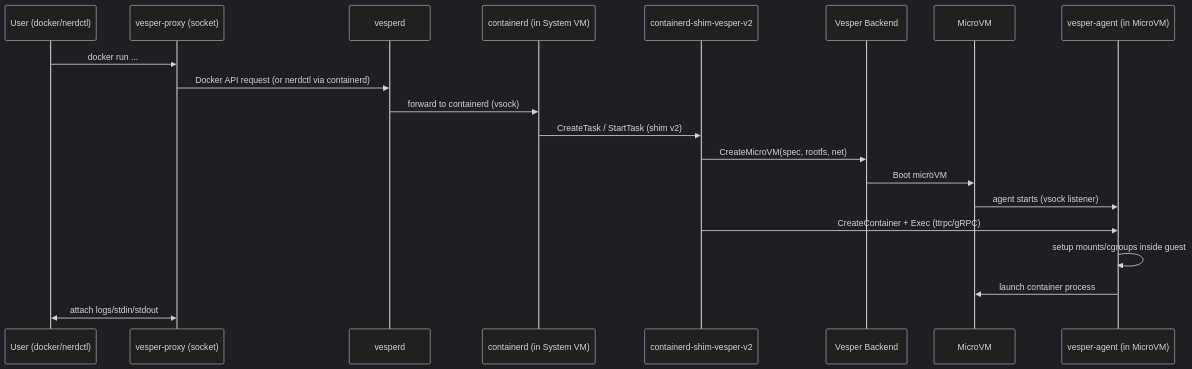
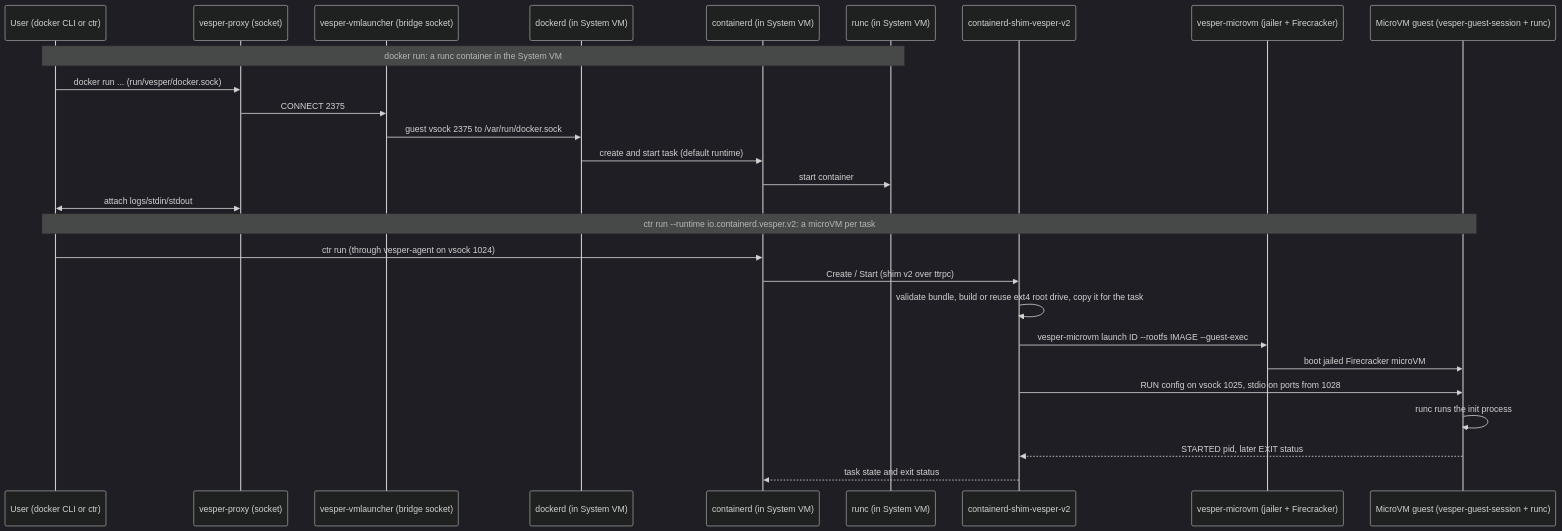
The diagram in docs/specs/assets/design-v0-runtime-lifecycle.mmd (cityhunteur/vesper), drawn with Mermaid (dark theme) before and after one commit. The commit also changed 15 other files, not shown here.

```diff
--- a/docs/specs/assets/design-v0-runtime-lifecycle.mmd
+++ b/docs/specs/assets/design-v0-runtime-lifecycle.mmd
@@ -1,21 +1,29 @@
 sequenceDiagram
-  participant U as User (docker/nerdctl)
+  participant U as User (docker CLI or ctr)
   participant P as vesper-proxy (socket)
-  participant D as vesperd
+  participant L as vesper-vmlauncher (bridge socket)
+  participant D as dockerd (in System VM)
   participant C as containerd (in System VM)
+  participant R as runc (in System VM)
   participant S as containerd-shim-vesper-v2
-  participant B as Vesper Backend
-  participant V as MicroVM
-  participant A as vesper-agent (in MicroVM)
+  participant M as vesper-microvm (jailer + Firecracker)
+  participant G as MicroVM guest (vesper-guest-session + runc)
 
-  U->>P: docker run ...
-  P->>D: Docker API request (or nerdctl via containerd)
-  D->>C: forward to containerd (vsock)
-  C->>S: CreateTask / StartTask (shim v2)
-  S->>B: CreateMicroVM(spec, rootfs, net)
-  B->>V: Boot microVM
-  V->>A: agent starts (vsock listener)
-  S->>A: CreateContainer + Exec (ttrpc/gRPC)
-  A->>A: setup mounts/cgroups inside guest
-  A->>V: launch container process
+  Note over U,R: docker run: a runc container in the System VM
+  U->>P: docker run ... (run/vesper/docker.sock)
+  P->>L: CONNECT 2375
+  L->>D: guest vsock 2375 to /var/run/docker.sock
+  D->>C: create and start task (default runtime)
+  C->>R: start container
   U<<->>P: attach logs/stdin/stdout
+
+  Note over U,G: ctr run --runtime io.containerd.vesper.v2: a microVM per task
+  U->>C: ctr run (through vesper-agent on vsock 1024)
+  C->>S: Create / Start (shim v2 over ttrpc)
+  S->>S: validate bundle, build or reuse ext4 root drive, copy it for the task
+  S->>M: vesper-microvm launch ID --rootfs IMAGE --guest-exec
+  M->>G: boot jailed Firecracker microVM
+  S->>G: RUN config on vsock 1025, stdio on ports from 1028
+  G->>G: runc runs the init process
+  G-->>S: STARTED pid, later EXIT status
+  S-->>C: task state and exit status
```
